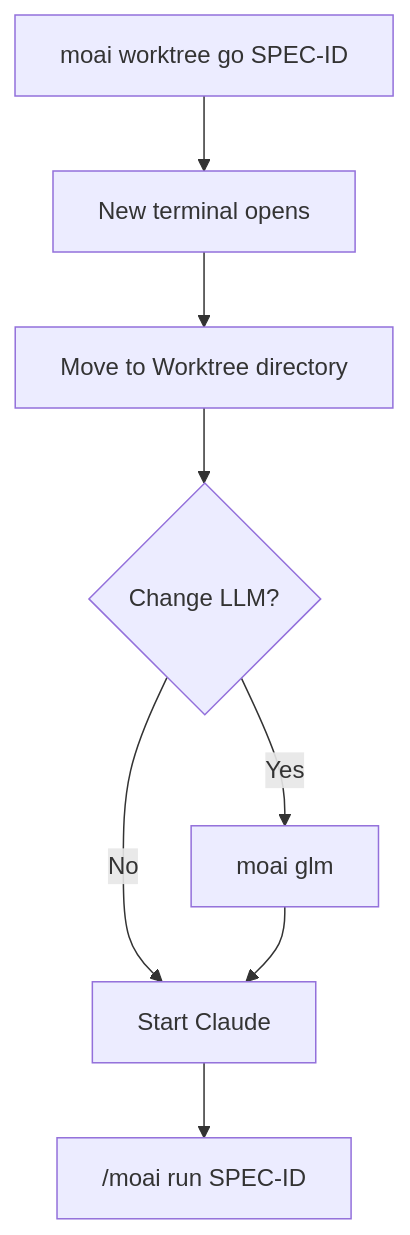
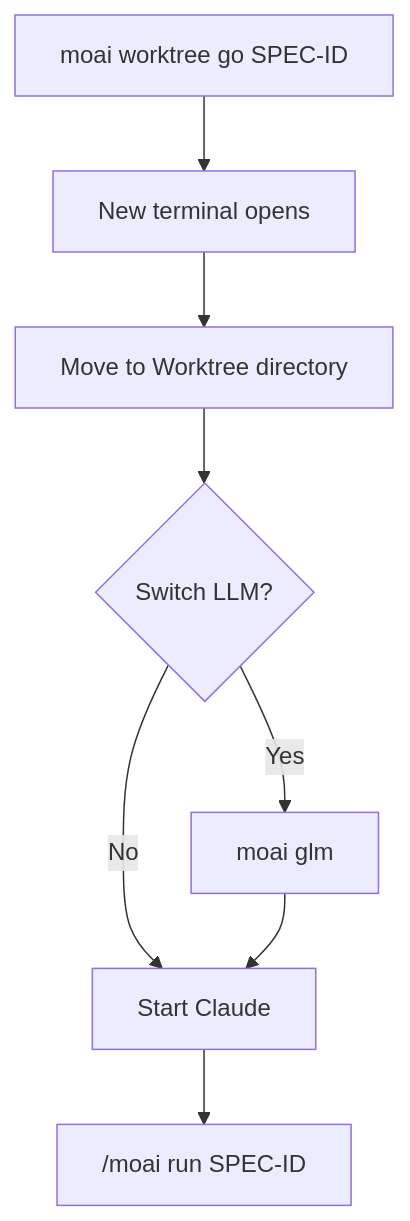
The third of 9 diagrams in docs-site/content/en/worktree/faq.md (modu-ai/moai-adk), drawn with Mermaid before and after one commit. The commit also changed other lines of this file and 395 other files, not shown here.

````diff
--- a/docs-site/content/en/worktree/faq.md
+++ b/docs-site/content/en/worktree/faq.md
@@ -135,10 +136,10 @@
 ```mermaid
 flowchart TD
     A[moai worktree go SPEC-ID] --> B[New terminal opens]
     B --> C[Move to Worktree directory]
-    C --> D{Change LLM?}
+    C --> D{Switch LLM?}
     D -->|Yes| E[moai glm]
     D -->|No| F[Start Claude]
     E --> F
     F --> G["/moai run SPEC-ID"]
 ```
````
